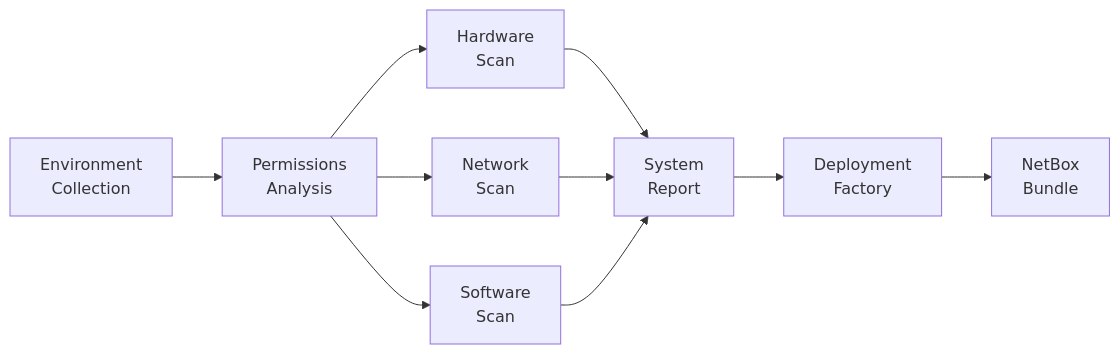
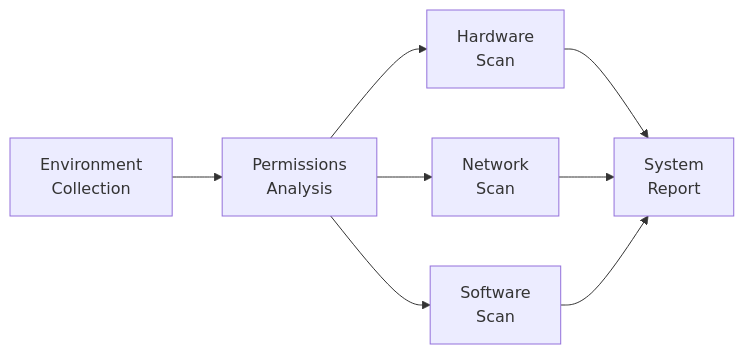
Before and after one commit to nullroute-commits/ultimate_info_gather: the diagram in docs/index.md, drawn with Mermaid. The commit also changed other lines of this file and 99 other files, not shown here.

First line of the commit message:
chore: remove netbox deployment factory

````diff
--- a/docs/index.md
+++ b/docs/index.md
@@ -84,12 +78,10 @@
 ```mermaid
 graph LR
     A[Environment<br/>Collection] --> B[Permissions<br/>Analysis]
     B --> C[Hardware<br/>Scan]
     B --> F[Network<br/>Scan]
     B --> D[Software<br/>Scan]
     C --> E[System<br/>Report]
     F --> E
     D --> E
-    E --> G[Deployment<br/>Factory]
-    G --> H[NetBox<br/>Bundle]
 ```
````
